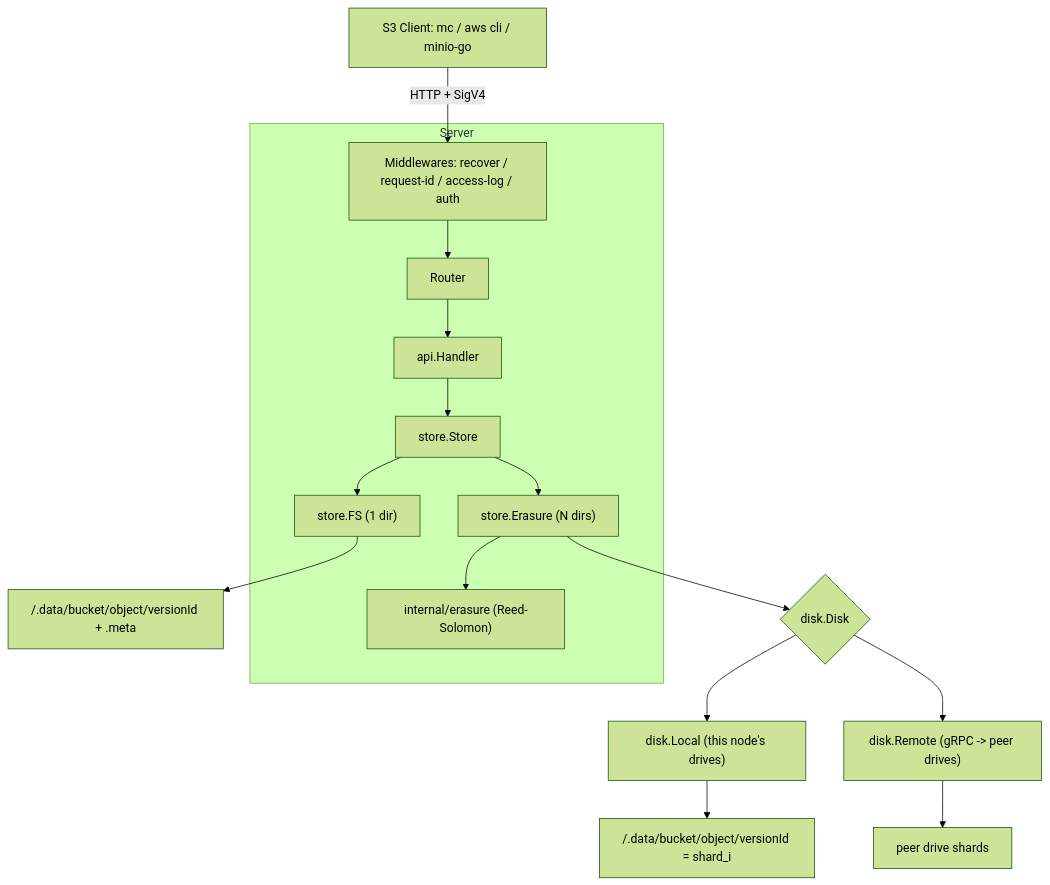
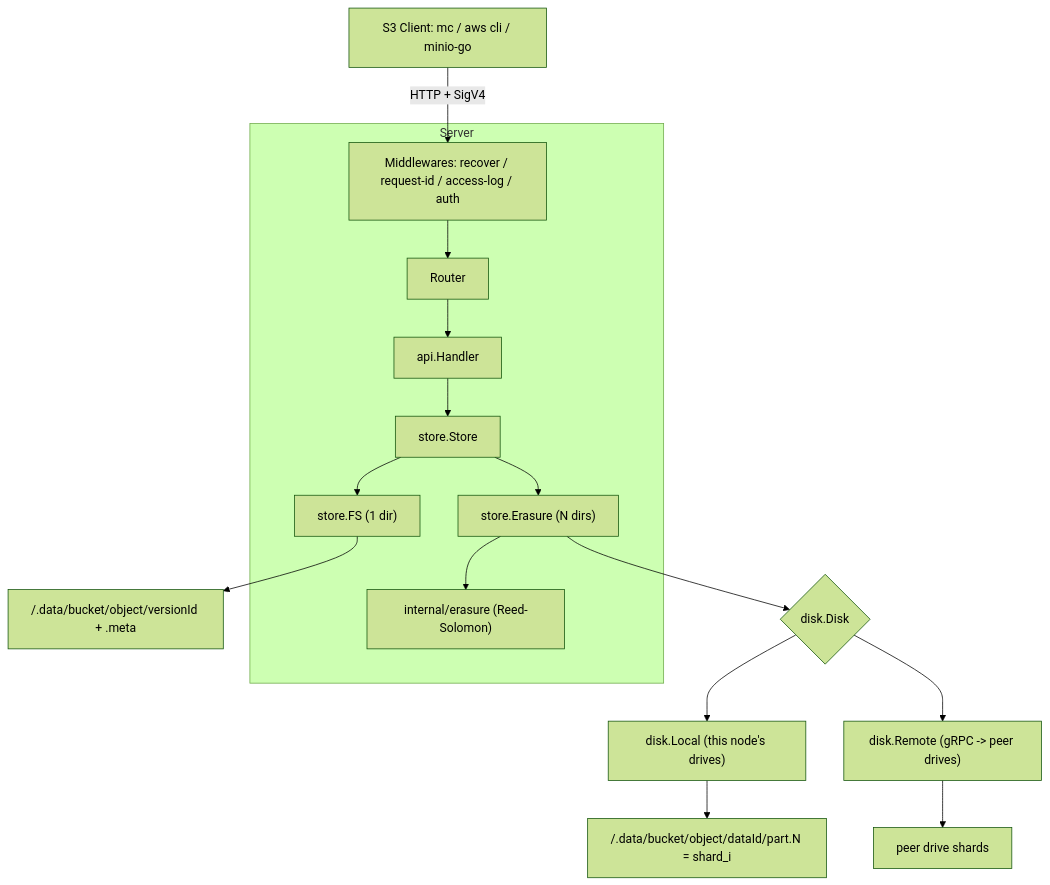
Before and after one commit to KeXingJian/gos3: the first of 2 diagrams in README.md, drawn with Mermaid (forest theme). The commit also changed other lines of this file and 39 other files, not shown here.

````diff
--- a/README.md
+++ b/README.md
@@ -143,18 +154,18 @@
 ```mermaid
 flowchart TD
     C[S3 Client: mc / aws cli / minio-go] -->|HTTP + SigV4| MW
     subgraph Server
         MW[Middlewares: recover / request-id / access-log / auth] --> R[Router]
         R --> H[api.Handler]
         H --> ST[store.Store]
         ST --> FS["store.FS (1 dir)"]
         ST --> ER["store.Erasure (N dirs)"]
         ER --> RS["internal/erasure (Reed-Solomon)"]
     end
     FS --> DATA[<root>/.data/bucket/object/versionId + .meta]
     ER --> DK{"disk.Disk"}
     DK --> LOCAL["disk.Local (this node's drives)"]
     DK --> REMOTE["disk.Remote (gRPC -> peer drives)"]
-    LOCAL --> SH[<drive>/.data/bucket/object/versionId = shard_i]
+    LOCAL --> SH["<drive>/.data/bucket/object/dataId/part.N = shard_i"]
     REMOTE --> SH2[peer drive shards]
 ```
````
